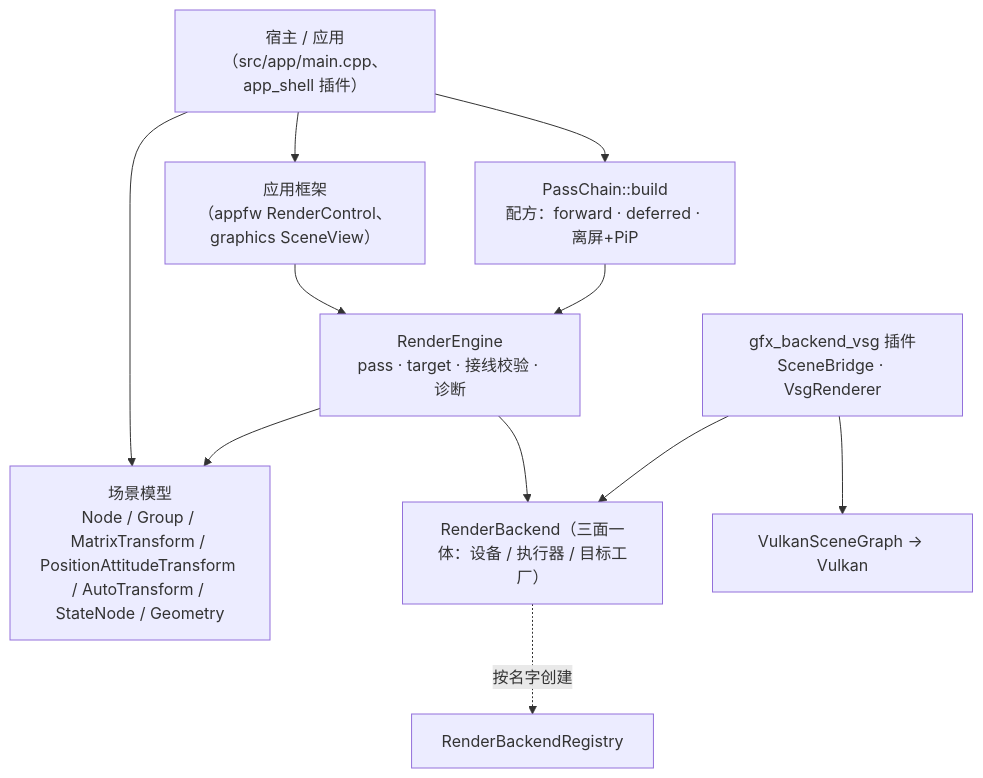
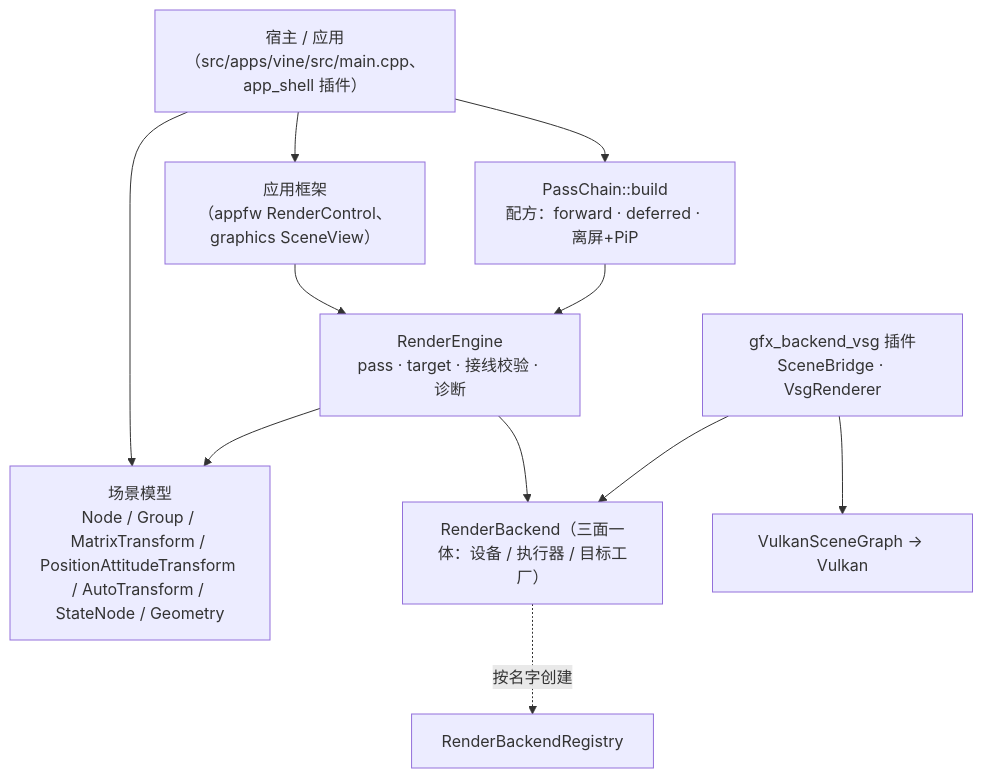
One commit to lonelyong/Vine changed the diagram in docs/guides/graphics.md. Above: the diagram before and after it, drawn with Mermaid. The commit also changed 47 other files, not shown here.

````diff
--- a/docs/guides/graphics.md
+++ b/docs/guides/graphics.md
@@ -15,20 +15,20 @@
 ```mermaid
 graph TB
-    Host["宿主 / 应用<br/>（src/app/main.cpp、app_shell 插件）"]
+    Host["宿主 / 应用<br/>（src/apps/vine/src/main.cpp、app_shell 插件）"]
     UI["应用框架<br/>（appfw RenderControl、graphics SceneView）"]
     Engine["RenderEngine<br/>pass · target · 接线校验 · 诊断"]
     Scene["场景模型<br/>Node / Group / MatrixTransform / PositionAttitudeTransform / AutoTransform / StateNode / Geometry"]
     Builder["PassChain::build<br/>配方：forward · deferred · 离屏+PiP"]
     BackendIface["RenderBackend（三面一体：设备 / 执行器 / 目标工厂）"]
     Plugin["gfx_backend_vsg 插件<br/>SceneBridge · VsgRenderer"]
     VSG["VulkanSceneGraph → Vulkan"]
 
     Host --> UI --> Engine
     Host --> Scene
     Host --> Builder --> Engine
     Engine --> Scene
     Engine --> BackendIface
     BackendIface -. 按名字创建 .-> Registry["RenderBackendRegistry"]
     Plugin --> BackendIface
     Plugin --> VSG
 ```
````
